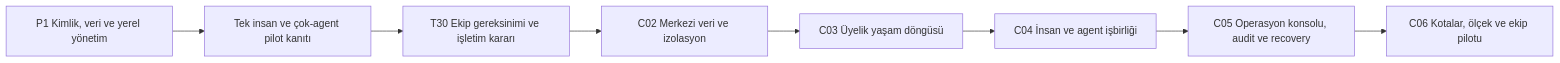
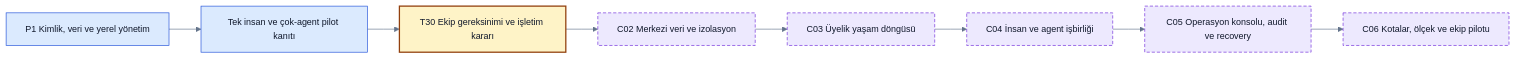
One commit to alphanAkbulut/decivora changed the diagram in docs/delivery/team-data-plan.md. Above: the diagram before and after it, drawn with Mermaid. The commit also changed other lines of this file and 21 other files, not shown here.

Commit message:
Refresh all Mermaid diagrams, clarify decision states and document rendering evidence

````diff
--- a/docs/delivery/team-data-plan.md
+++ b/docs/delivery/team-data-plan.md
@@ -68,10 +71,19 @@
 ```mermaid
+%%{init: {"theme":"base","themeVariables":{"fontFamily":"Arial, sans-serif","fontSize":"14px","primaryColor":"#eff6ff","primaryTextColor":"#0f172a","primaryBorderColor":"#1d4ed8","lineColor":"#64748b","secondaryColor":"#ccfbf1","tertiaryColor":"#f1f5f9","background":"#ffffff","mainBkg":"#eff6ff","textColor":"#0f172a","clusterBkg":"#f8fafc","clusterBorder":"#94a3b8","edgeLabelBackground":"#ffffff","actorBkg":"#eff6ff","actorTextColor":"#0f172a","actorBorder":"#1d4ed8","signalColor":"#64748b","signalTextColor":"#0f172a","noteBkgColor":"#fef3c7","noteTextColor":"#0f172a","noteBorderColor":"#92400e"},"flowchart":{"htmlLabels":false,"curve":"linear"},"sequence":{"wrap":true},"themeCSS":"background-color:#ffffff;"}}%%
 flowchart LR
+    accTitle: Tek owner pilotundan koşullu ekip fazına
+    accDescr: Önerilen tasarım veya açıkça belirtilen sentetik örnek. Renkler alan ve kontrol türünü gösterir; implemented veya passed kanıtı değildir. Yetki, revision ve coverage sınırları korunur.
     P1[P1 Kimlik, veri ve yerel yönetim] --> SOLO[Tek insan ve çok-agent pilot kanıtı]
     SOLO --> NEED[T30 Ekip gereksinimi ve işletim kararı]
     NEED --> C2[C02 Merkezi veri ve izolasyon]
     C2 --> C3[C03 Üyelik yaşam döngüsü]
     C3 --> C4[C04 İnsan ve agent işbirliği]
     C4 --> C5[C05 Operasyon konsolu, audit ve recovery]
     C5 --> C6[C06 Kotalar, ölçek ve ekip pilotu]
+    classDef process fill:#dbeafe,stroke:#1d4ed8,color:#0f172a
+    classDef gate fill:#fef3c7,stroke:#92400e,color:#0f172a,stroke-width:2px
+    classDef future fill:#ede9fe,stroke:#6d28d9,color:#0f172a,stroke-dasharray:5 3
+    class P1,SOLO process
+    class NEED gate
+    class C2,C3,C4,C5,C6 future
 ```
````
